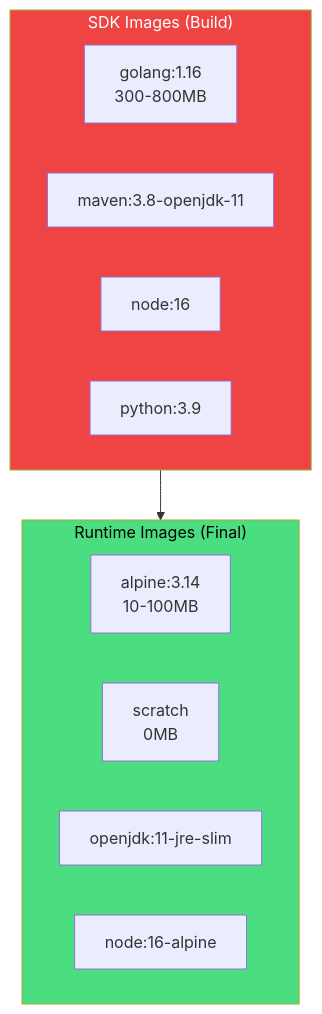
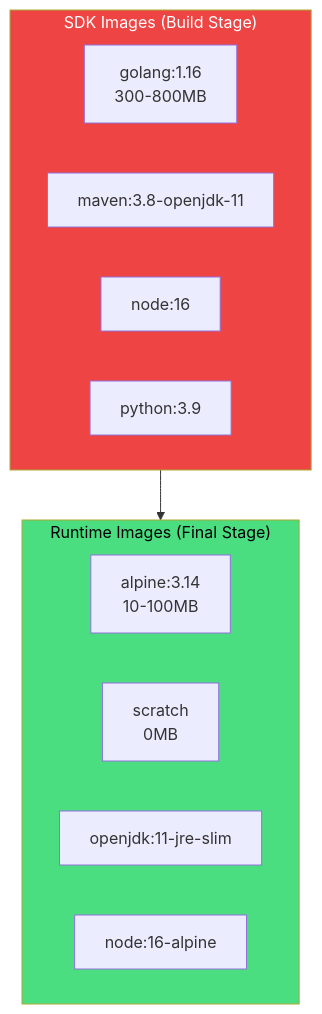
The third of 8 diagrams in slides/docker/slides.md (courselabs/kubernetes), drawn with Mermaid before and after one commit. The commit also changed other lines of this file and 5 other files, not shown here.

````diff
--- a/slides/docker/slides.md
+++ b/slides/docker/slides.md
@@ -189,18 +205,18 @@
 ```mermaid
 graph TB
-    subgraph SDK["SDK Images (Build)"]
+    subgraph SDK["SDK Images (Build Stage)"]
         G[golang:1.16<br/>300-800MB]
         M[maven:3.8-openjdk-11]
         N[node:16]
         P[python:3.9]
     end
-    subgraph Runtime["Runtime Images (Final)"]
+    subgraph Runtime["Runtime Images (Final Stage)"]
         A[alpine:3.14<br/>10-100MB]
         S[scratch<br/>0MB]
         J[openjdk:11-jre-slim]
         NA[node:16-alpine]
     end
     SDK --> Runtime
     style SDK fill:#ef4444,color:#fff
     style Runtime fill:#4ade80,color:#000
 ```
````
